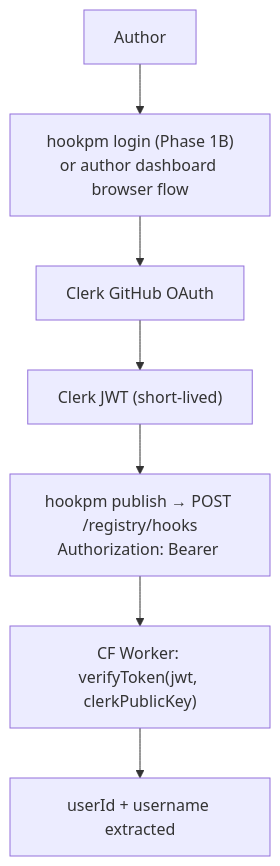
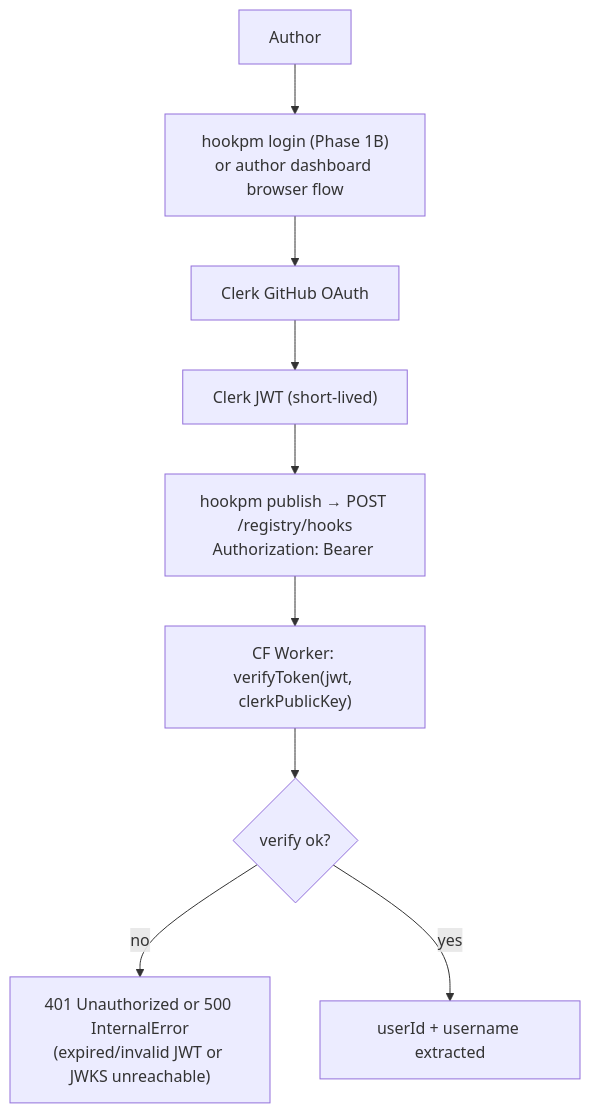
One commit to nafistiham/hook-marketplace changed the fourth of 4 diagrams in docs/design/2026-03-10-api-routes.md. Above: the diagram before and after it, drawn with Mermaid. The commit also changed other lines of this file, not shown here.

````diff
--- a/docs/design/2026-03-10-api-routes.md
+++ b/docs/design/2026-03-10-api-routes.md
@@ -152,17 +162,21 @@
 ```mermaid
 flowchart TD
     Author["Author"]
     Login["hookpm login (Phase 1B)\nor author dashboard browser flow"]
     Clerk["Clerk GitHub OAuth"]
     JWT["Clerk JWT (short-lived)"]
     Publish["hookpm publish → POST /registry/hooks\nAuthorization: Bearer <jwt>"]
     Worker["CF Worker: verifyToken(jwt, clerkPublicKey)"]
+    VerifyFail{"verify ok?"}
+    VerifyErr["401 Unauthorized or 500 InternalError\n(expired/invalid JWT or JWKS unreachable)"]
     Identity["userId + username extracted"]
 
     Author --> Login
     Login --> Clerk
     Clerk --> JWT
     JWT --> Publish
     Publish --> Worker
-    Worker --> Identity
+    Worker --> VerifyFail
+    VerifyFail -->|no| VerifyErr
+    VerifyFail -->|yes| Identity
 ```
````
